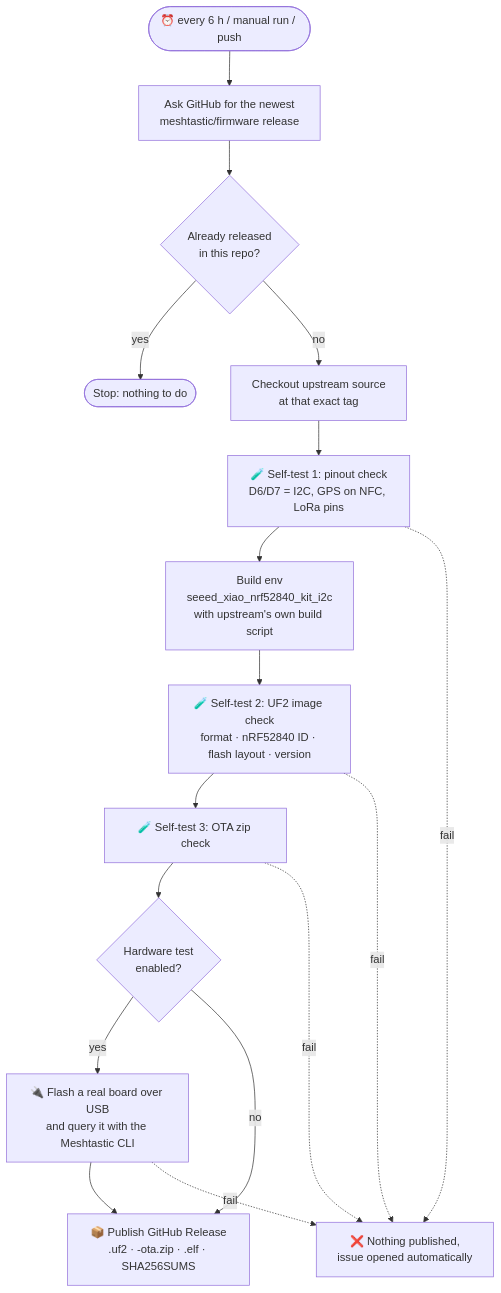
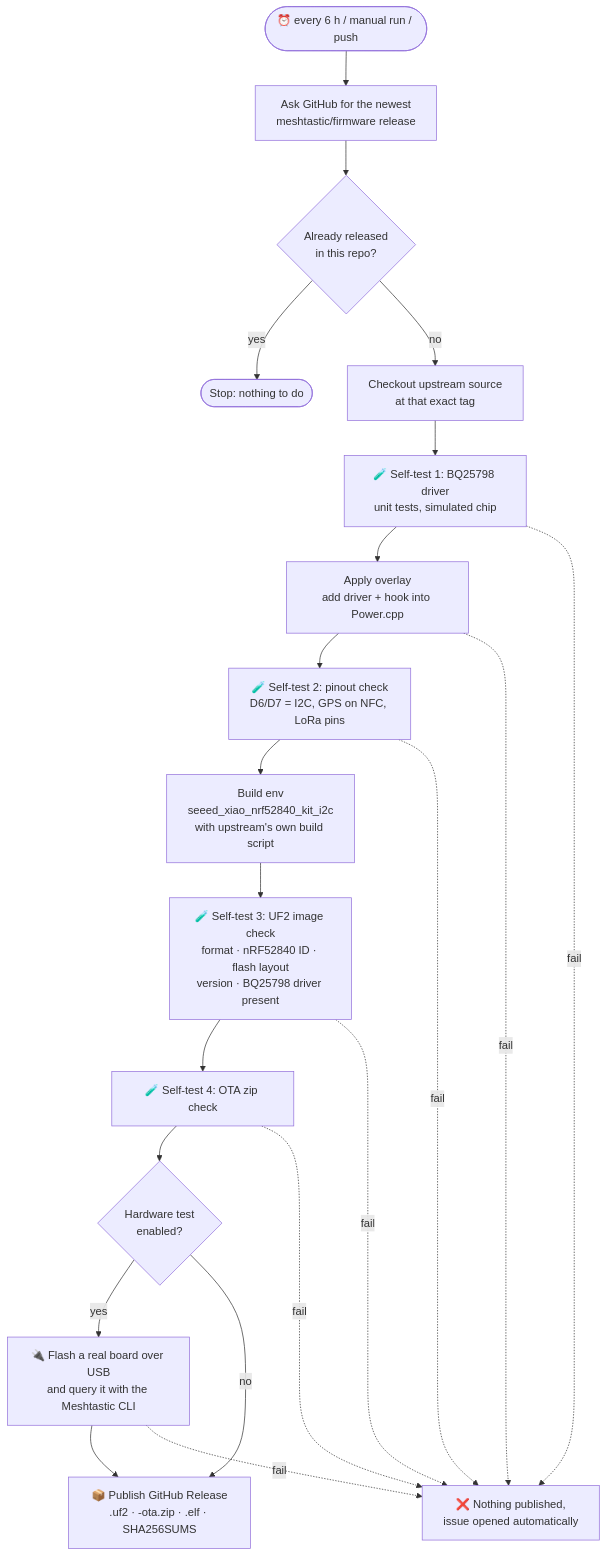
Before and after one commit to aljaz77/Meshtastic-XIAO-nRF52840-Wio-SX1262-Kit-I2C-firmware-2.8.0.2: the diagram in README.md, drawn with Mermaid. The commit also changed other lines of this file and 11 other files, not shown here.

First line of the commit message:
Add BQ25798 solar/MPPT charger driver as an overlay on upstream

````diff
--- a/README.md
+++ b/README.md
@@ -140,19 +255,23 @@
 ```mermaid
 flowchart TD
     A([⏰ every 6 h / manual run / push]) --> B[Ask GitHub for the newest<br/>meshtastic/firmware release]
     B --> C{Already released<br/>in this repo?}
     C -- yes --> Z([Stop: nothing to do])
     C -- no --> D[Checkout upstream source<br/>at that exact tag]
-    D --> T1[🧪 Self-test 1: pinout check<br/>D6/D7 = I2C, GPS on NFC, LoRa pins]
+    D --> T0[🧪 Self-test 1: BQ25798 driver<br/>unit tests, simulated chip]
+    T0 --> O[Apply overlay<br/>add driver + hook into Power.cpp]
+    O --> T1[🧪 Self-test 2: pinout check<br/>D6/D7 = I2C, GPS on NFC, LoRa pins]
     T1 --> E[Build env<br/>seeed_xiao_nrf52840_kit_i2c<br/>with upstream's own build script]
-    E --> T2[🧪 Self-test 2: UF2 image check<br/>format · nRF52840 ID · flash layout · version]
-    T2 --> T3[🧪 Self-test 3: OTA zip check]
+    E --> T2[🧪 Self-test 3: UF2 image check<br/>format · nRF52840 ID · flash layout<br/>version · BQ25798 driver present]
+    T2 --> T3[🧪 Self-test 4: OTA zip check]
     T3 --> H{Hardware test<br/>enabled?}
     H -- yes --> HW[🔌 Flash a real board over USB<br/>and query it with the Meshtastic CLI]
     H -- no --> R
     HW --> R[📦 Publish GitHub Release<br/>.uf2 · -ota.zip · .elf · SHA256SUMS]
-    T1 -. fail .-> X[❌ Nothing published,<br/>issue opened automatically]
+    T0 -. fail .-> X[❌ Nothing published,<br/>issue opened automatically]
+    O -. fail .-> X
+    T1 -. fail .-> X
     T2 -. fail .-> X
     T3 -. fail .-> X
     HW -. fail .-> X
 ```
````
